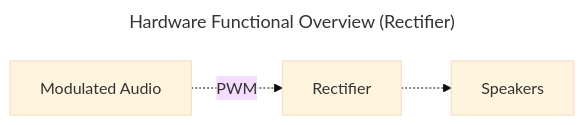
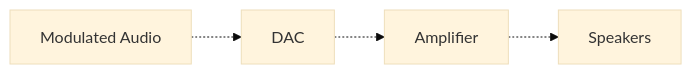
Before and after one commit to redengin/SonicReducer: the first of 2 diagrams in docs/hardware.md, drawn with Mermaid (base theme). The commit also changed other lines of this file and 2 other files, not shown here.

````diff
--- a/docs/hardware.md
+++ b/docs/hardware.md
@@ -25,8 +13,7 @@
 ```mermaid
----
-title: Hardware Functional Overview (Rectifier)
----
 flowchart LR
-    Audio["Modulated Audio"]    .->     |PWM|Rectifier
-    Rectifier                   .->     Speakers
+    Audio["Modulated Audio"]    .->     DAC
+    DAC                         .->     Amplifier
+    Amplifier                   .->     Speakers
+
 ```
````
